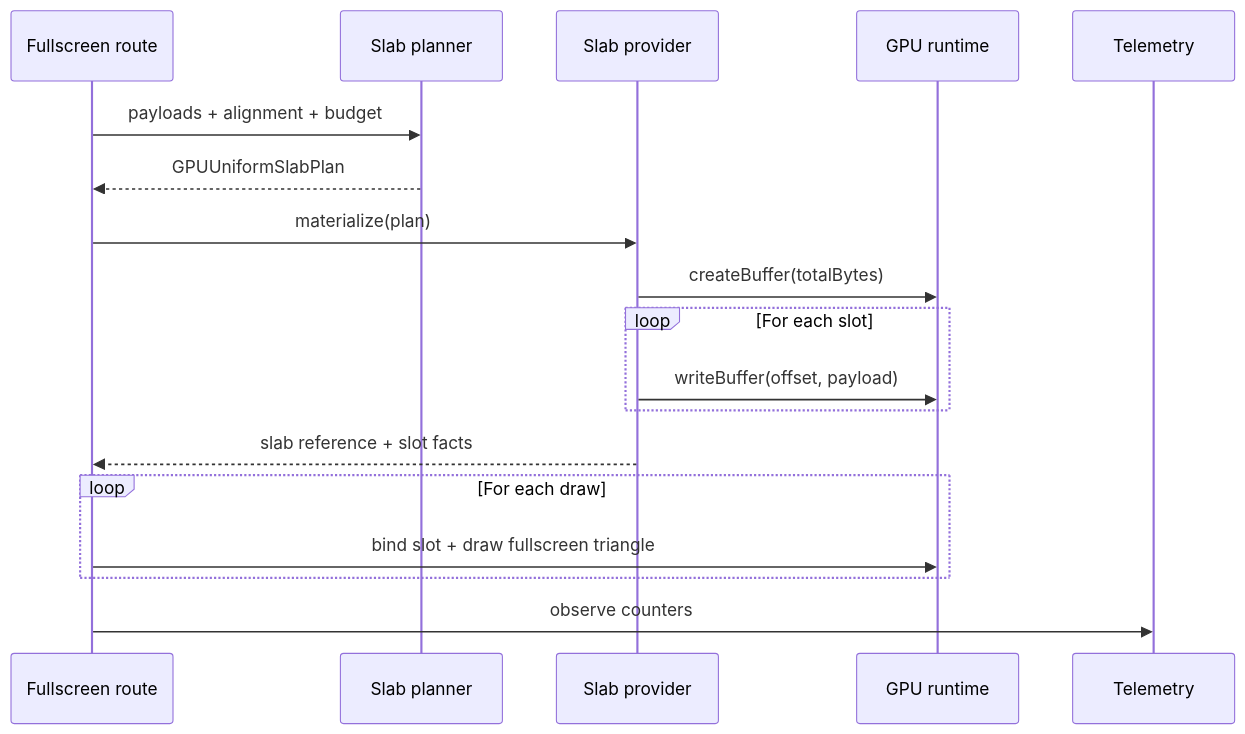
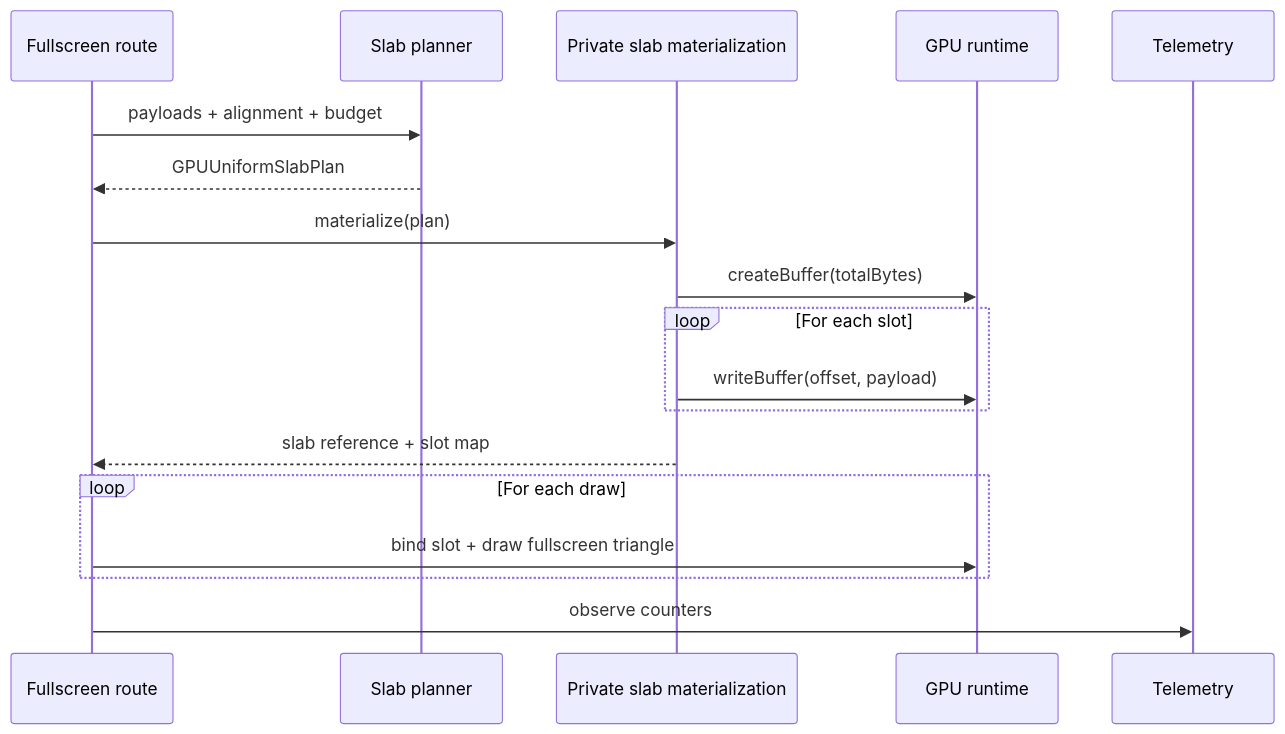
Before and after one commit to ygdrasil-io/kanvas: the second of 2 diagrams in docs/superpowers/specs/2026-07-06-gpu-uniform-slab-prototype-design.md, drawn with Mermaid. The commit also changed other lines of this file and 3 other files, not shown here.

````diff
--- a/docs/superpowers/specs/2026-07-06-gpu-uniform-slab-prototype-design.md
+++ b/docs/superpowers/specs/2026-07-06-gpu-uniform-slab-prototype-design.md
@@ -184,21 +185,21 @@
 ```mermaid
 sequenceDiagram
     participant R as Fullscreen route
     participant P as Slab planner
-    participant V as Slab provider
+    participant V as Private slab materialization
     participant G as GPU runtime
     participant T as Telemetry
 
     R->>P: payloads + alignment + budget
     P-->>R: GPUUniformSlabPlan
     R->>V: materialize(plan)
     V->>G: createBuffer(totalBytes)
     loop For each slot
         V->>G: writeBuffer(offset, payload)
     end
-    V-->>R: slab reference + slot facts
+    V-->>R: slab reference + slot map
     loop For each draw
         R->>G: bind slot + draw fullscreen triangle
     end
     R->>T: observe counters
 ```
````
